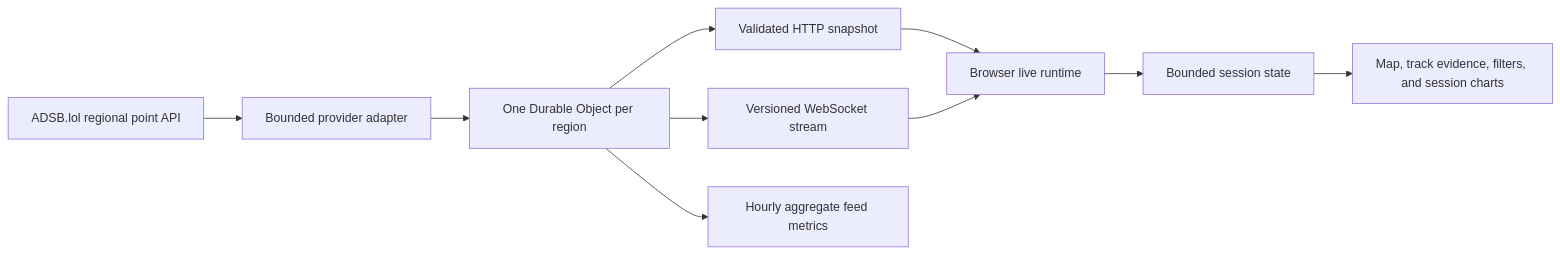
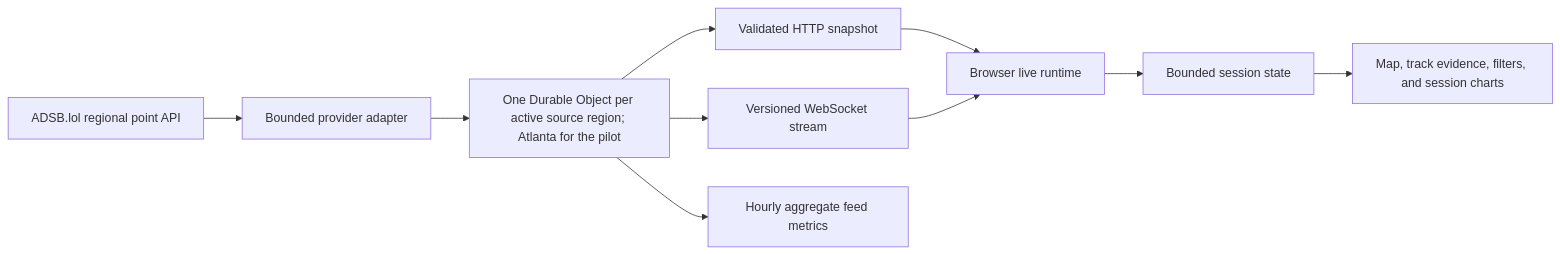
The diagram in docs/live-airspace.md (Kato-MT/Aviation-Dashboard-Project), drawn with Mermaid before and after one commit. The commit also changed other lines of this file and 47 other files, not shown here.

Commit message:
feat(live): enforce Atlanta ADS-B pilot envelope

````diff
--- a/docs/live-airspace.md
+++ b/docs/live-airspace.md
@@ -204,12 +204,12 @@
 ```mermaid
 flowchart LR
     P["ADSB.lol regional point API"] --> A["Bounded provider adapter"]
-    A --> D["One Durable Object per region"]
+    A --> D["One Durable Object per active source region; Atlanta for the pilot"]
     D --> H["Validated HTTP snapshot"]
     D --> W["Versioned WebSocket stream"]
     H --> R["Browser live runtime"]
     W --> R
     R --> S["Bounded session state"]
     S --> U["Map, track evidence, filters, and session charts"]
     D --> M["Hourly aggregate feed metrics"]
 ```
````
